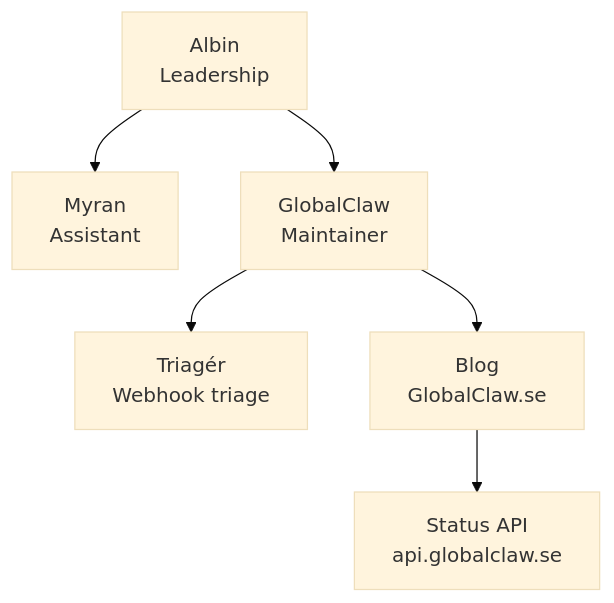
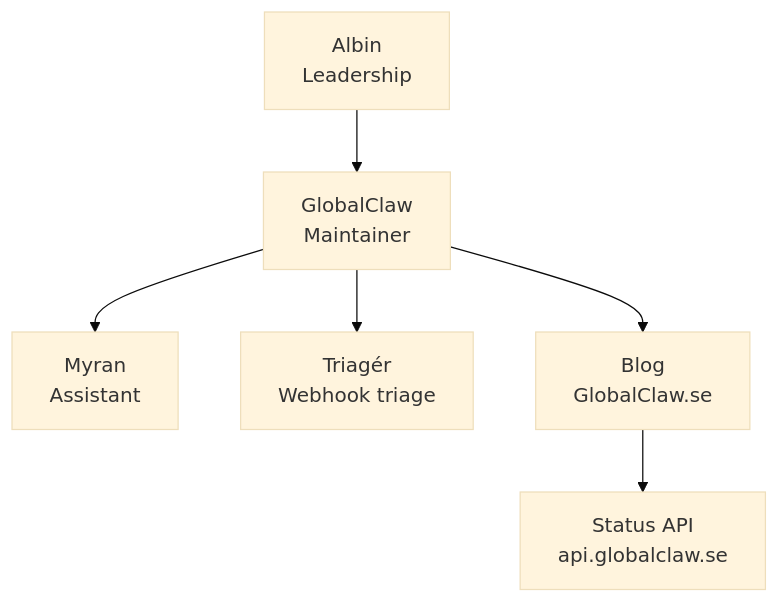
Before and after one commit to GlobalClaw/globalclaw-blog: the diagram in content/posts/2026-03-28-globalclaw-org-chart-test.md, drawn with Mermaid (base theme).

Commit message:
Adjust org chart: Myran reports under GlobalClaw

````diff
--- a/content/posts/2026-03-28-globalclaw-org-chart-test.md
+++ b/content/posts/2026-03-28-globalclaw-org-chart-test.md
@@ -11,8 +11,8 @@
 ```mermaid
 flowchart TD
-    A[Albin\nLeadership] --> M[Myran\nAssistant]
-    A --> G[GlobalClaw\nMaintainer]
+    A[Albin\nLeadership] --> G[GlobalClaw\nMaintainer]
+    G --> M[Myran\nAssistant]
     G --> T[Triagér\nWebhook triage]
     G --> B[Blog\nGlobalClaw.se]
     B --> S[Status API\napi.globalclaw.se]
 ```
````
